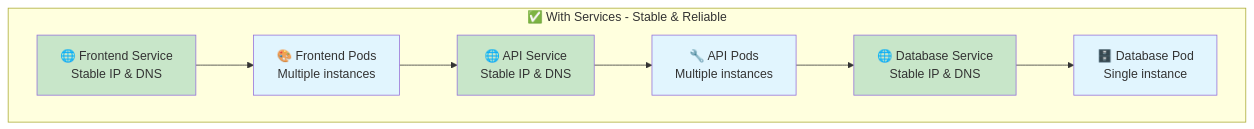
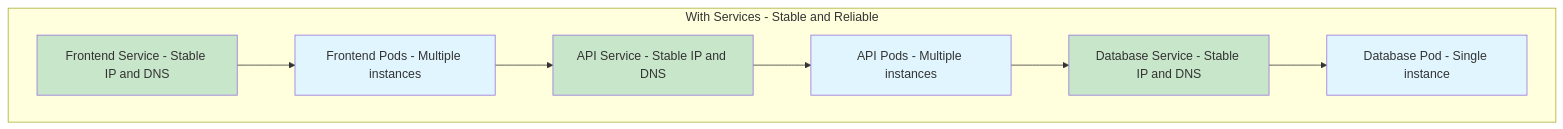
One commit to manikcloud/cloud-devops-learning-path changed the third of 26 diagrams in Section-2-DevOps/Session-7_Kubernetes/04-services-networking/README.md. Above: the diagram before and after it, drawn with Mermaid. The commit also changed other lines of this file, not shown here.

First line of the commit message:
Fix mermaid diagram syntax errors - Part 1

````diff
--- a/Section-2-DevOps/Session-7_Kubernetes/04-services-networking/README.md
+++ b/Section-2-DevOps/Session-7_Kubernetes/04-services-networking/README.md
@@ -93,26 +93,26 @@
 ```mermaid
 graph TB
-    subgraph "✅ With Services - Stable & Reliable"
-        FRONTEND[🎨 Frontend Pods<br/>Multiple instances]
-        FRONTEND_SVC[🌐 Frontend Service<br/>Stable IP & DNS]
+    subgraph "With Services - Stable and Reliable"
+        FRONTEND[Frontend Pods - Multiple instances]
+        FRONTEND_SVC[Frontend Service - Stable IP and DNS]
         
-        API[🔧 API Pods<br/>Multiple instances]
-        API_SVC[🌐 API Service<br/>Stable IP & DNS]
+        API[API Pods - Multiple instances]
+        API_SVC[API Service - Stable IP and DNS]
         
-        DB[🗄️ Database Pod<br/>Single instance]
-        DB_SVC[🌐 Database Service<br/>Stable IP & DNS]
+        DB[Database Pod - Single instance]
+        DB_SVC[Database Service - Stable IP and DNS]
         
         FRONTEND --> API_SVC
         API_SVC --> API
         API --> DB_SVC
         DB_SVC --> DB
         FRONTEND_SVC --> FRONTEND
     end
     
     style FRONTEND_SVC fill:#c8e6c9
     style API_SVC fill:#c8e6c9
     style DB_SVC fill:#c8e6c9
     style FRONTEND fill:#e1f5fe
     style API fill:#e1f5fe
     style DB fill:#e1f5fe
 ```
````
